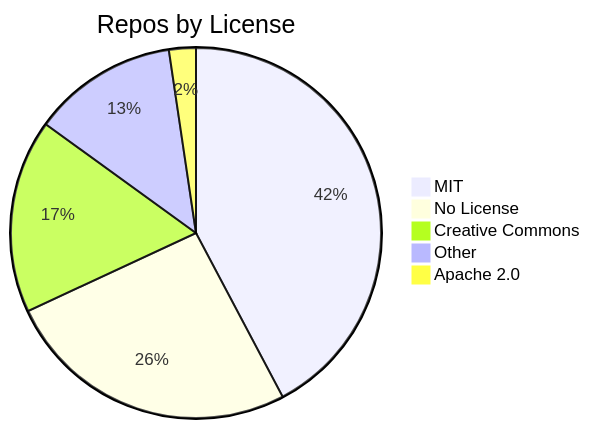
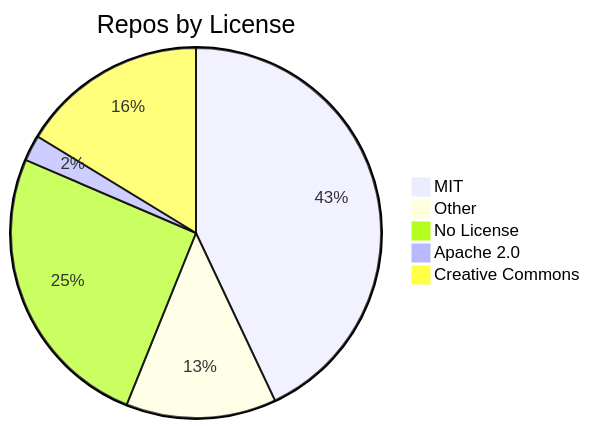
The diagram in README.md (jpatterson933/awesome-mcp-server-repo-index), drawn with Mermaid before and after one commit. The commit also changed other lines of this file and 7 other files, not shown here.

````diff
--- a/README.md
+++ b/README.md
@@ -31,8 +31,8 @@
 ```mermaid
 pie title Repos by License
-    "MIT" : 90
-    "No License" : 55
+    "MIT" : 95
+    "Other" : 29
+    "No License" : 56
+    "Apache 2.0" : 5
     "Creative Commons" : 36
-    "Other" : 27
-    "Apache 2.0" : 5
 ```
````
